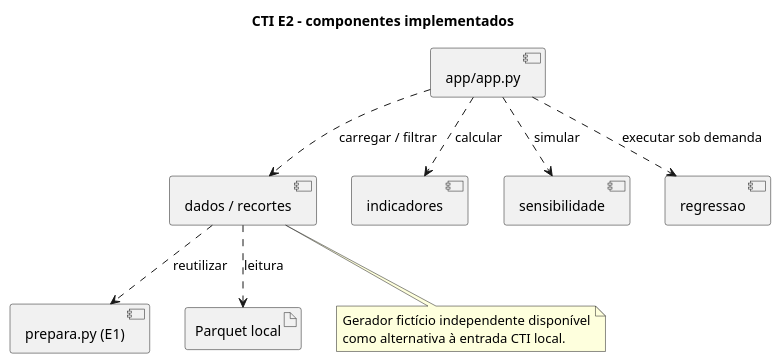
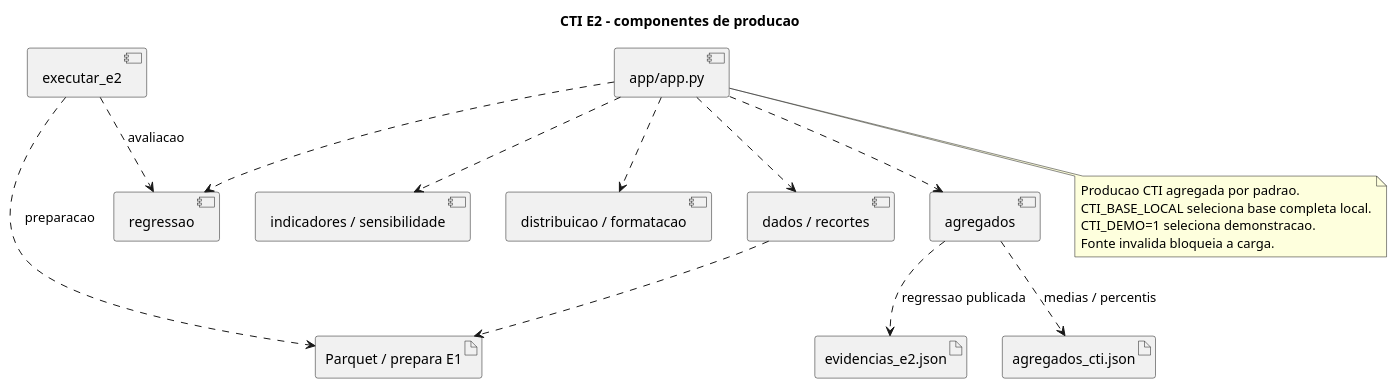
Before and after one commit to 2026-2-NCC4/Projeto6: the diagram in documentos/Entrega 2/ES e ML/componentes.puml, drawn with PlantUML. The commit also changed 13 other files, not shown here.

Commit message:
docs: sincroniza entrega E2 com producao CTI real

```diff
--- a/documentos/Entrega 2/ES e ML/componentes.puml
+++ b/documentos/Entrega 2/ES e ML/componentes.puml
@@ -1,21 +1,29 @@
 @startuml
-title CTI E2 - componentes implementados
-skinparam componentStyle uml2
-component "app/app.py" as app
-component "dados / recortes" as dados
-component "indicadores" as kpi
-component "sensibilidade" as sim
-component "regressao" as reg
-component "prepara.py (E1)" as prep
-artifact "Parquet local" as parquet
-app ..> dados : carregar / filtrar
-app ..> kpi : calcular
-app ..> sim : simular
-app ..> reg : executar sob demanda
-dados ..> prep : reutilizar
-dados ..> parquet : leitura
-note bottom of dados
-Gerador fictício independente disponível
-como alternativa à entrada CTI local.
+title CTI E2 - componentes de producao
+component "app/app.py" as App
+component "dados / recortes" as Dados
+component "indicadores / sensibilidade" as KPI
+component "distribuicao / formatacao" as Dist
+component agregados as Ag
+component regressao as Reg
+component executar_e2 as Exec
+artifact agregados_cti.json as Json
+artifact evidencias_e2.json as Ev
+artifact "Parquet / prepara E1" as Local
+App ..> Dados
+App ..> KPI
+App ..> Dist
+App ..> Ag
+App ..> Reg
+Dados ..> Local
+Ag ..> Json : medias / percentis
+Ag ..> Ev : regressao publicada
+Exec ..> Local : preparacao
+Exec ..> Reg : avaliacao
+note bottom of App
+Producao CTI agregada por padrao.
+CTI_BASE_LOCAL seleciona base completa local.
+CTI_DEMO=1 seleciona demonstracao.
+Fonte invalida bloqueia a carga.
 end note
 @enduml
```
